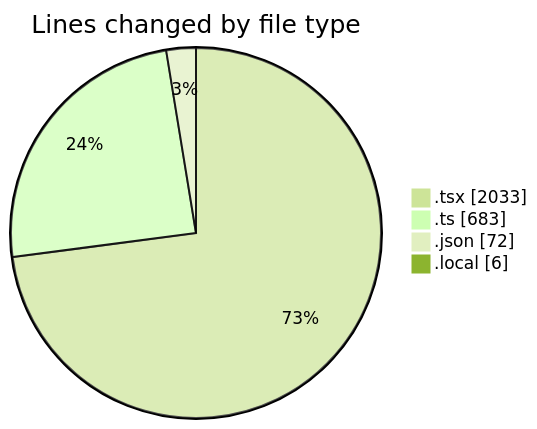
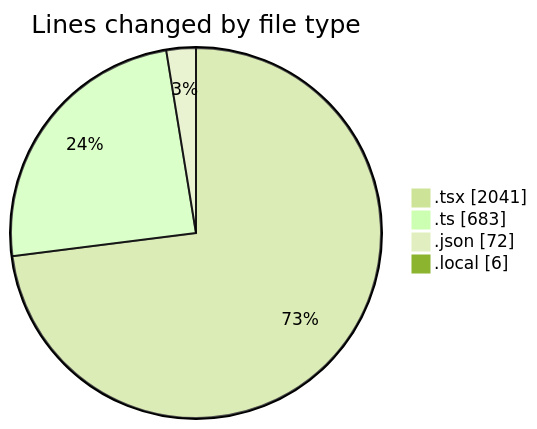
One commit to julien-gomy/code-tracking changed the first of 2 diagrams in 2025-10-21/eventscop-frontend-guide__workspace_/README.md. Above: the diagram before and after it, drawn with Mermaid (forest theme). The commit also changed other lines of this file and 1 other file, not shown here.

````diff
--- a/2025-10-21/eventscop-frontend-guide__workspace_/README.md
+++ b/2025-10-21/eventscop-frontend-guide__workspace_/README.md
@@ -52,8 +52,8 @@
 ```mermaid
 pie showData
 title Lines changed by file type
-".tsx" : 2033
+".tsx" : 2041
 ".ts" : 683
 ".json" : 72
 ".local" : 6
 ```
````
